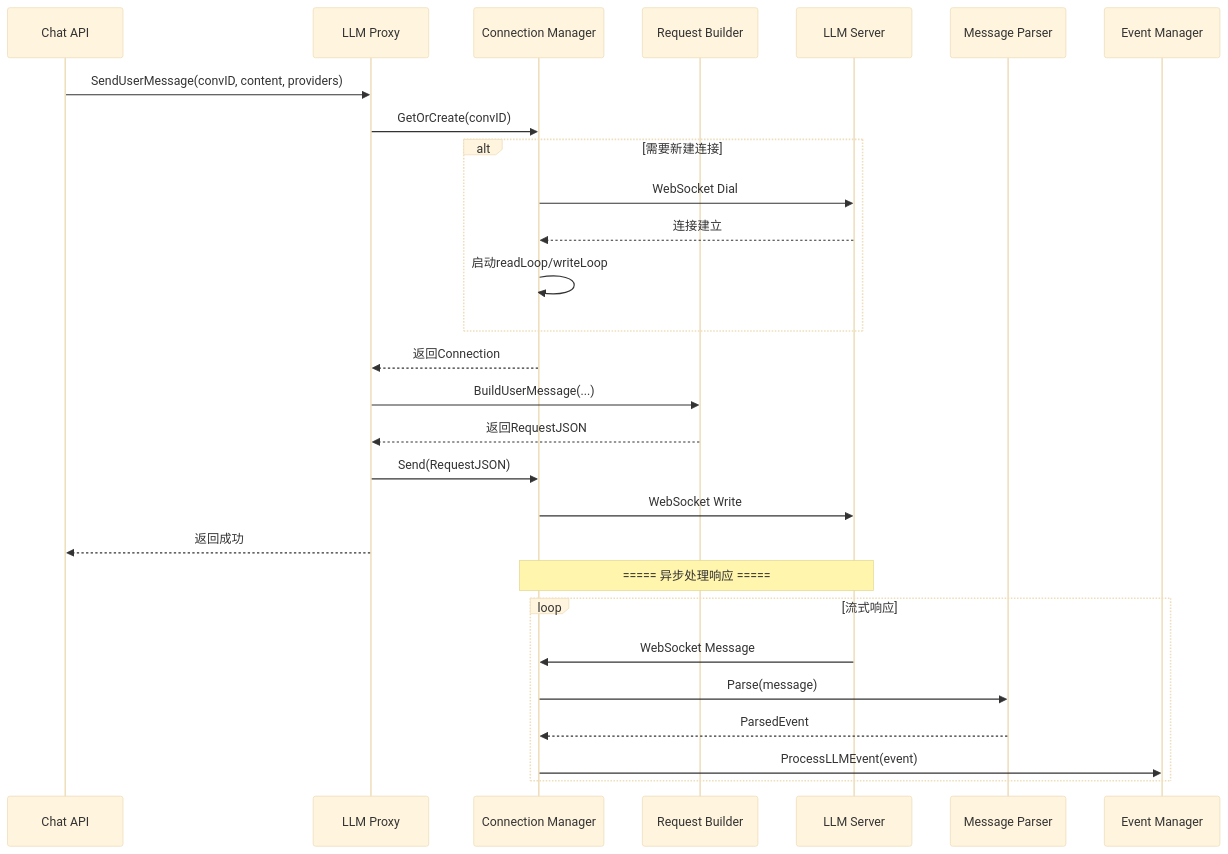
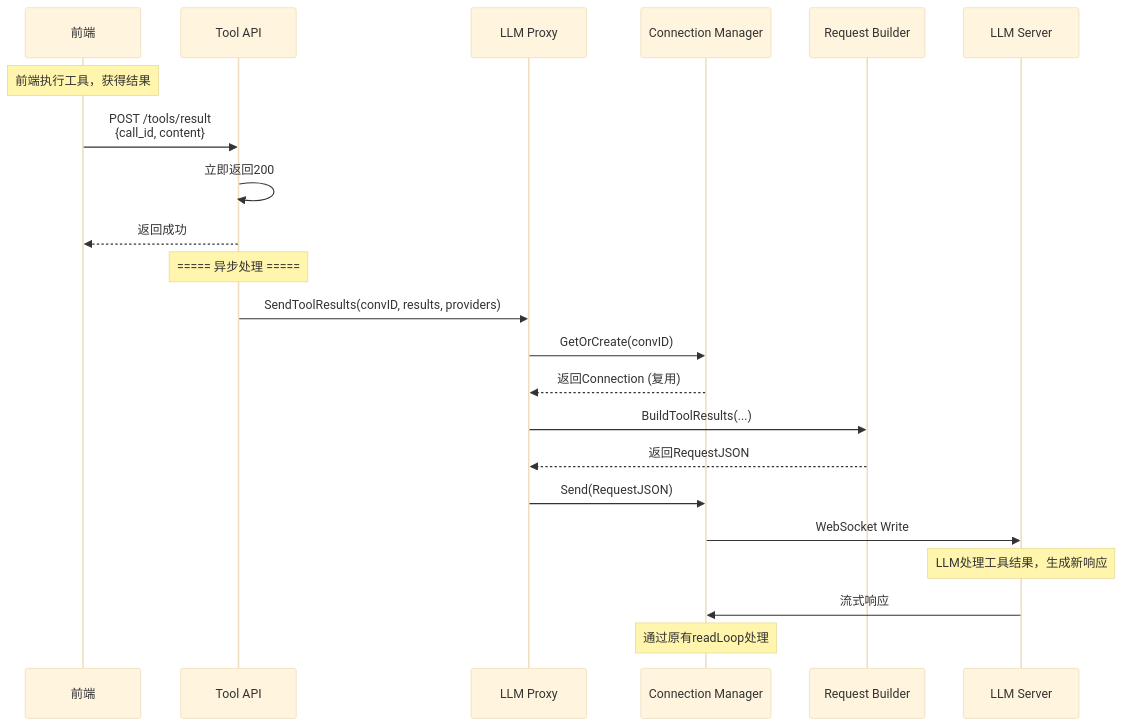
One commit to yingjianzh/iodraw-files changed the diagram in all/未命名-10.md. Above: the diagram before and after it, drawn with Mermaid (base theme).

Commit message:
2025-12-26 10:33:50 update

````diff
--- a/all/未命名-10.md
+++ b/all/未命名-10.md
@@ -1,37 +1,32 @@
 ```mermaid
 sequenceDiagram
-    participant API as Chat API
+    participant FE as 前端
+    participant ToolAPI as Tool API
     participant Proxy as LLM Proxy
     participant ConnMgr as Connection Manager
     participant Builder as Request Builder
     participant LLM as LLM Server
-    participant Parser as Message Parser
-    participant EM as Event Manager
     
-    API->>Proxy: SendUserMessage(convID, content, providers)
+    Note over FE: 前端执行工具，获得结果
     
+    FE->>ToolAPI: POST /tools/result<br/>{call_id, content}
+    ToolAPI->>ToolAPI: 立即返回200
+    ToolAPI-->>FE: 返回成功
+    
+    Note over ToolAPI: ===== 异步处理 =====
+    
+    ToolAPI->>Proxy: SendToolResults(convID, results, providers)
     Proxy->>ConnMgr: GetOrCreate(convID)
-    alt 需要新建连接
-        ConnMgr->>LLM: WebSocket Dial
-        LLM-->>ConnMgr: 连接建立
-        ConnMgr->>ConnMgr: 启动readLoop/writeLoop
-    end
-    ConnMgr-->>Proxy: 返回Connection
+    ConnMgr-->>Proxy: 返回Connection (复用)
     
-    Proxy->>Builder: BuildUserMessage(...)
+    Proxy->>Builder: BuildToolResults(...)
     Builder-->>Proxy: 返回RequestJSON
     
     Proxy->>ConnMgr: Send(RequestJSON)
     ConnMgr->>LLM: WebSocket Write
     
-    Proxy-->>API: 返回成功
+    Note over LLM: LLM处理工具结果，生成新响应
     
-    Note over ConnMgr,LLM: ===== 异步处理响应 =====
-    
-    loop 流式响应
-        LLM->>ConnMgr: WebSocket Message
-        ConnMgr->>Parser: Parse(message)
-        Parser-->>ConnMgr: ParsedEvent
-        ConnMgr->>EM: ProcessLLMEvent(event)
-    end
+    LLM->>ConnMgr: 流式响应
+    Note over ConnMgr: 通过原有readLoop处理
 ```
````
